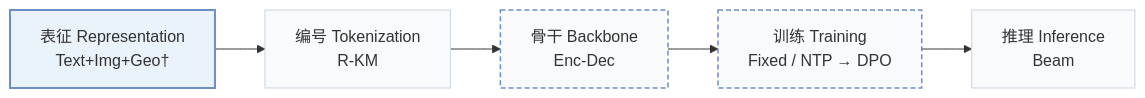
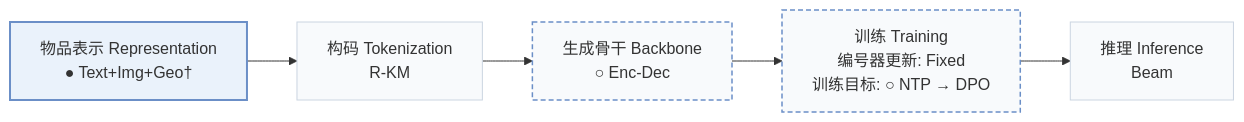
The first of 4 diagrams in pages/zh/papers/oneloc.md (Galaxy-ghost/Awesome-SID-Generative-Rec), drawn with Mermaid before and after one commit. The commit also changed other lines of this file and 558 other files, not shown here.

````diff
--- a/pages/zh/papers/oneloc.md
+++ b/pages/zh/papers/oneloc.md
@@ -15,10 +18,10 @@
 ```mermaid
 flowchart LR
-    R["表征 Representation<br/>Text+Img+Geo†"] --> T["编号 Tokenization<br/>R-KM"] --> B["骨干 Backbone<br/>Enc-Dec"] --> TR["训练 Training<br/>Fixed / NTP → DPO"] --> I["推理 Inference<br/>Beam"]
+    R["物品表示 Representation<br/>● Text+Img+Geo†"] --> T["构码 Tokenization<br/>R-KM"] --> B["生成骨干 Backbone<br/>○ Enc-Dec"] --> TR["训练 Training<br/>编号器更新: Fixed<br/>训练目标: ○ NTP → DPO"] --> I["推理 Inference<br/>Beam"]
     classDef base fill:#f8fafc,stroke:#cbd5e1
     class R,T,B,TR,I base
-    classDef also fill:#f8fafc,stroke:#6b8fc7,stroke-width:1.5px,stroke-dasharray:5 3
-    class B,TR also
+    classDef other fill:#f8fafc,stroke:#6b8fc7,stroke-width:1.5px,stroke-dasharray:5 3
+    class B,TR other
     classDef main fill:#eaf2fb,stroke:#6b8fc7,stroke-width:2px
     class R main
 ```
````
